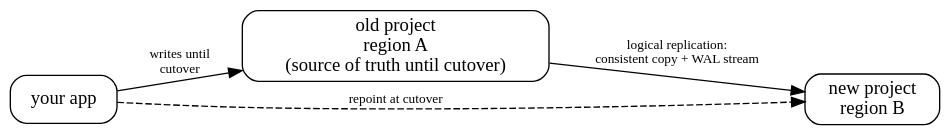
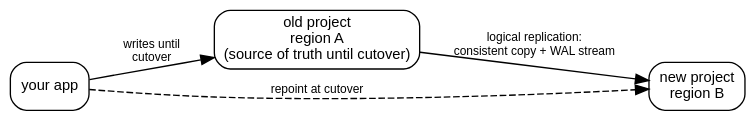
Before and after one commit to erfianugrah/lexicanum: the diagram in src/content/docs/guides/supabase-region-migration-e2e.mdx, drawn with Graphviz. The commit also changed other lines of this file and 2 other files, not shown here.

````diff
--- a/src/content/docs/guides/supabase-region-migration-e2e.mdx
+++ b/src/content/docs/guides/supabase-region-migration-e2e.mdx
@@ -43,14 +45,15 @@
 ```dot
 digraph move {
-  rankdir=LR;
-  bgcolor="transparent";
-  node [shape=box, style=rounded];
-  edge [fontsize=10];
+  rankdir=LR; bgcolor="transparent"; nodesep=0.3; ranksep=0.7;
+  fontname="Helvetica,Arial,sans-serif";
+  node [fontname="Helvetica,Arial,sans-serif", fontsize=11, shape=box, style=rounded];
+  edge [fontname="Helvetica,Arial,sans-serif", fontsize=9];
+
   app [label="your app"];
   old [label="old project\nregion A\n(source of truth until cutover)"];
   new [label="new project\nregion B"];
   app -> old [label="writes until\ncutover"];
   old -> new [label="logical replication:\nconsistent copy + WAL stream"];
   app -> new [style=dashed, label="repoint at cutover"];
 }
 ```
````
